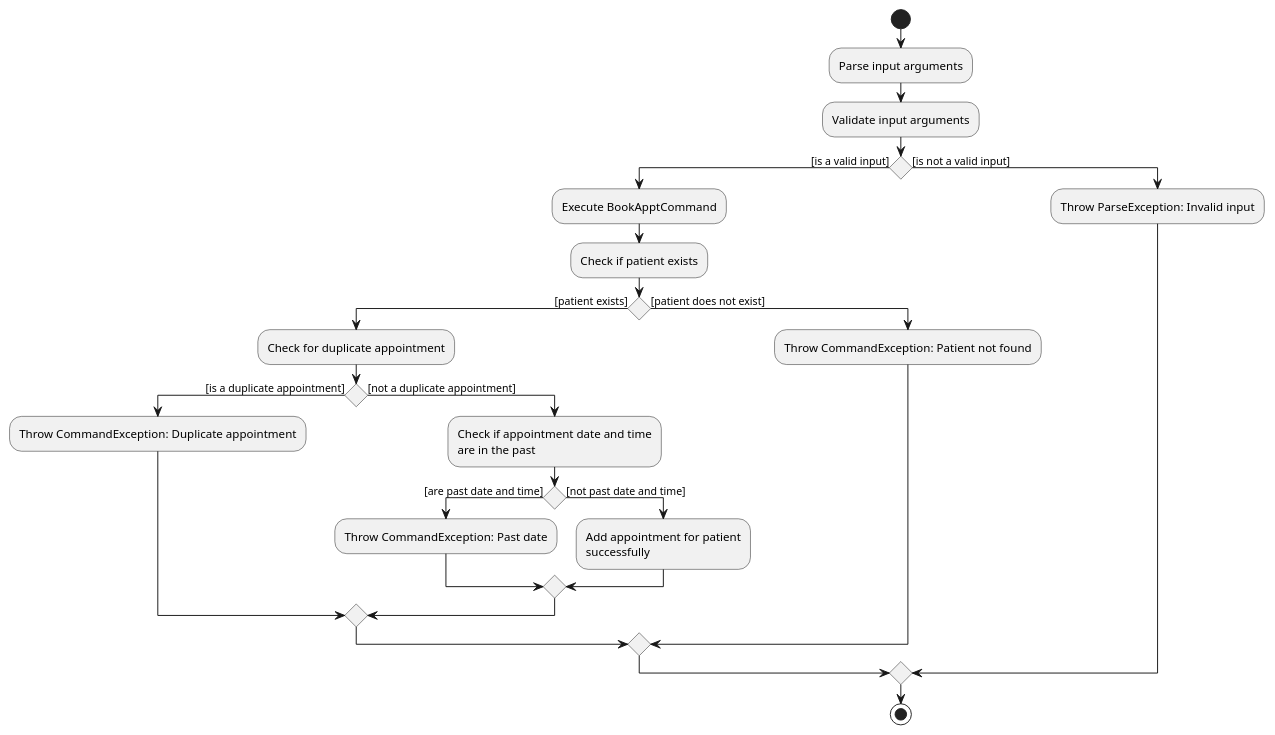
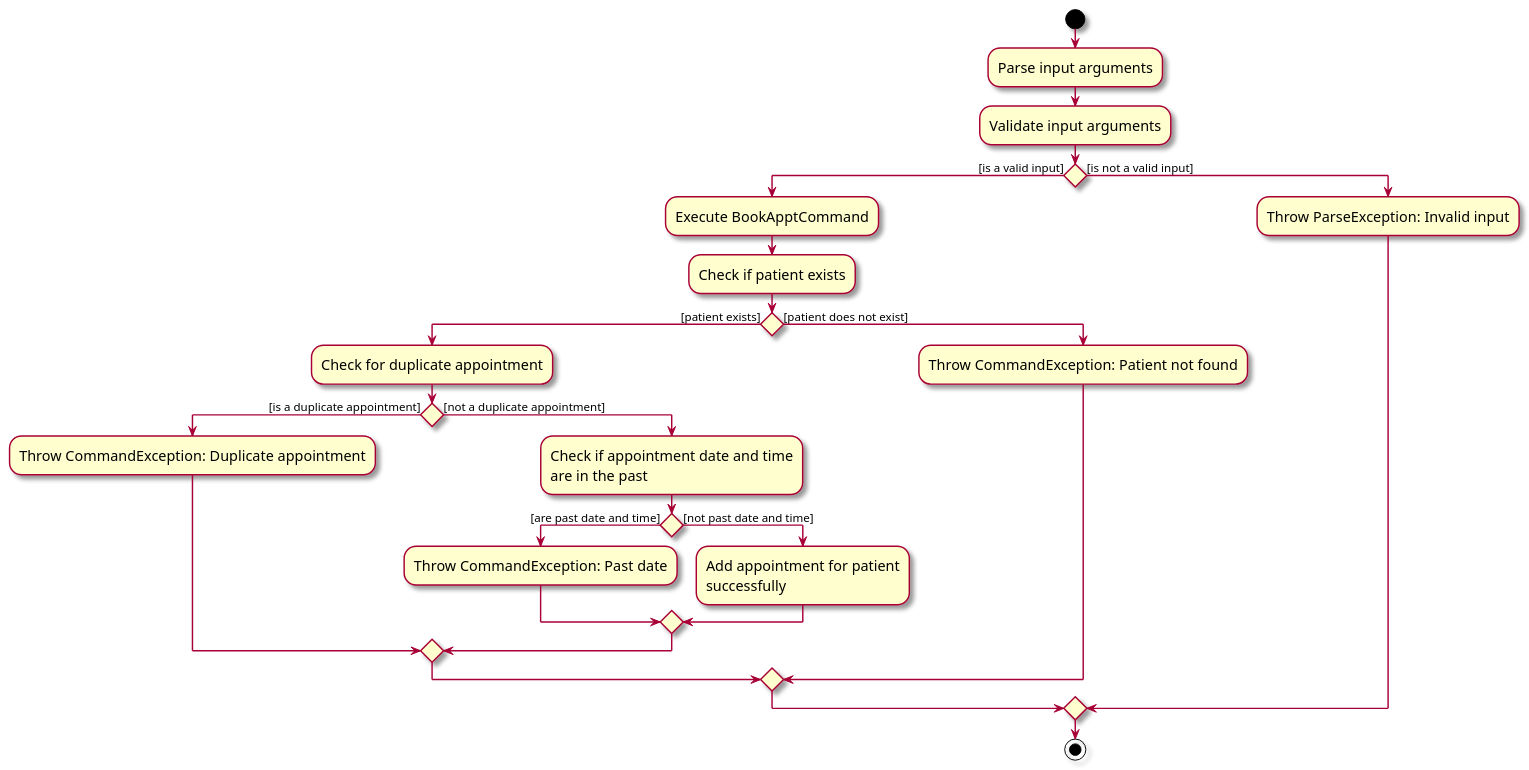
One commit to nus-cs2103-AY2425S1/tp changed the diagram in docs/diagrams/BookApptActivityDiagram.puml. Above: the diagram before and after it, drawn with PlantUML. The commit also changed 41 other files, not shown here.

Commit message:
Export puml diagrams

```diff
--- a/docs/diagrams/BookApptActivityDiagram.puml
+++ b/docs/diagrams/BookApptActivityDiagram.puml
@@ -1,29 +1,32 @@
 @startuml BookApptActivityDiagram
+skin rose
+skinparam ActivityFontSize 15
+skinparam ArrowFontSize 12
 start
 :Parse input arguments;
 :Validate input arguments;
 if () then ([is a valid input])
     :Execute BookApptCommand;
     :Check if patient exists;
     if () then ([patient exists])
         :Check for duplicate appointment;
         if () then ([is a duplicate appointment])
             :Throw CommandException: Duplicate appointment;
         else ([not a duplicate appointment])
             :Check if appointment date and time
             are in the past;
             if () then ([are past date and time])
                 :Throw CommandException: Past date;
             else ([not past date and time])
                 :Add appointment for patient
                 successfully;
             endif
         endif
     else ([patient does not exist])
         :Throw CommandException: Patient not found;
     endif
 else ([is not a valid input])
     :Throw ParseException: Invalid input;
 endif
 stop
 @enduml
```
